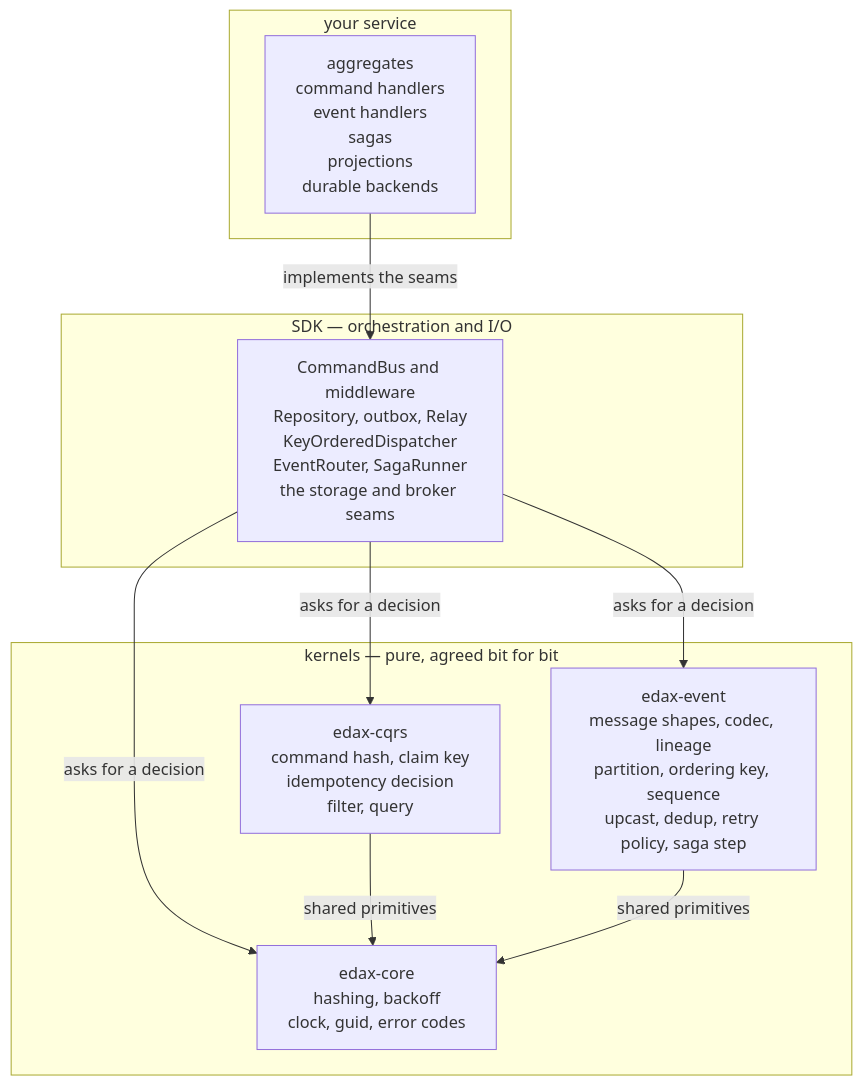
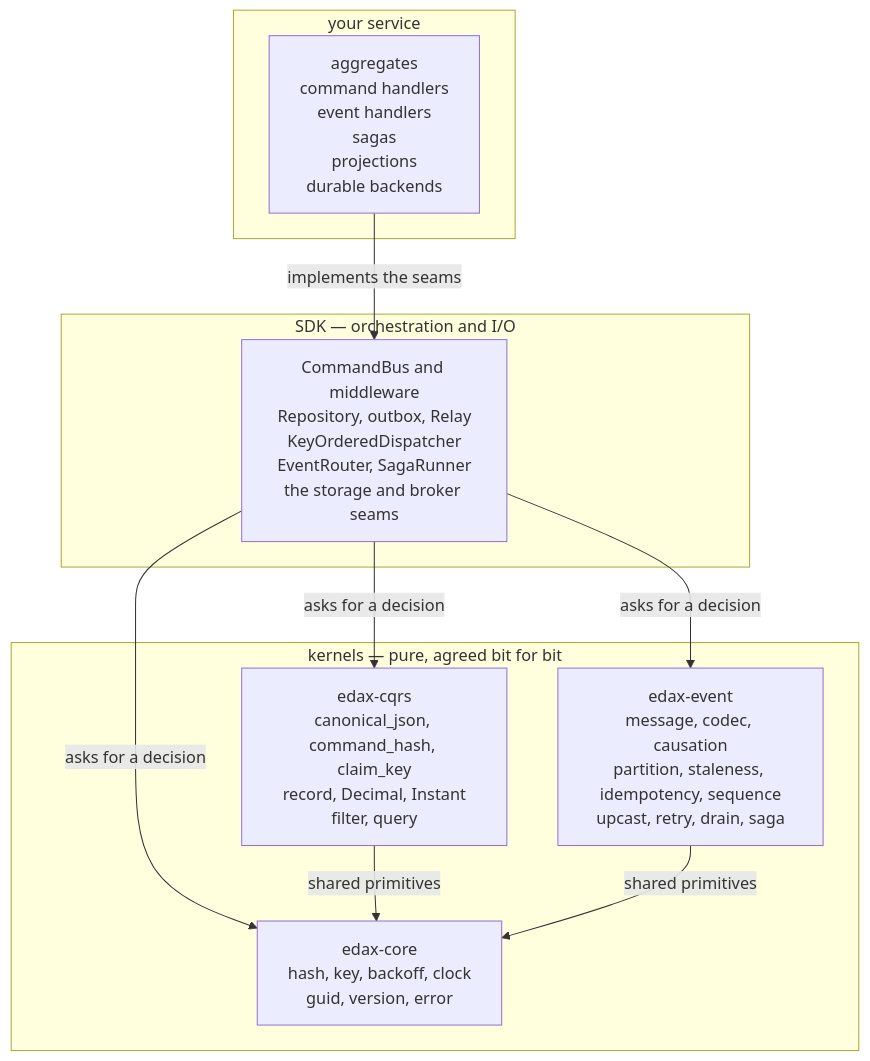
The first of 4 diagrams in docs/architecture.md (haskian/edax), drawn with Mermaid before and after one commit. The commit also changed other lines of this file and 288 other files, not shown here.

````diff
--- a/docs/architecture.md
+++ b/docs/architecture.md
@@ -15,23 +15,23 @@
 ```mermaid
 flowchart TB
     subgraph app["your service"]
         A["aggregates<br/>command handlers<br/>event handlers<br/>sagas<br/>projections<br/>durable backends"]
     end
 
     subgraph sdk["SDK — orchestration and I/O"]
         B["CommandBus and middleware<br/>Repository, outbox, Relay<br/>KeyOrderedDispatcher<br/>EventRouter, SagaRunner<br/>the storage and broker seams"]
     end
 
     subgraph kernels["kernels — pure, agreed bit for bit"]
-        C["edax-cqrs<br/>command hash, claim key<br/>idempotency decision<br/>filter, query"]
-        D["edax-event<br/>message shapes, codec, lineage<br/>partition, ordering key, sequence<br/>upcast, dedup, retry policy, saga step"]
-        E["edax-core<br/>hashing, backoff<br/>clock, guid, error codes"]
+        C["edax-cqrs<br/>canonical_json, command_hash, claim_key<br/>record, Decimal, Instant<br/>filter, query"]
+        D["edax-event<br/>message, codec, causation<br/>partition, staleness, idempotency, sequence<br/>upcast, retry, drain, saga"]
+        E["edax-core<br/>hash, key, backoff, clock<br/>guid, version, error"]
     end
 
     A -->|"implements the seams"| B
     B -->|"asks for a decision"| C
     B -->|"asks for a decision"| D
     B -->|"asks for a decision"| E
     C -->|"shared primitives"| E
     D -->|"shared primitives"| E
 ```
````
